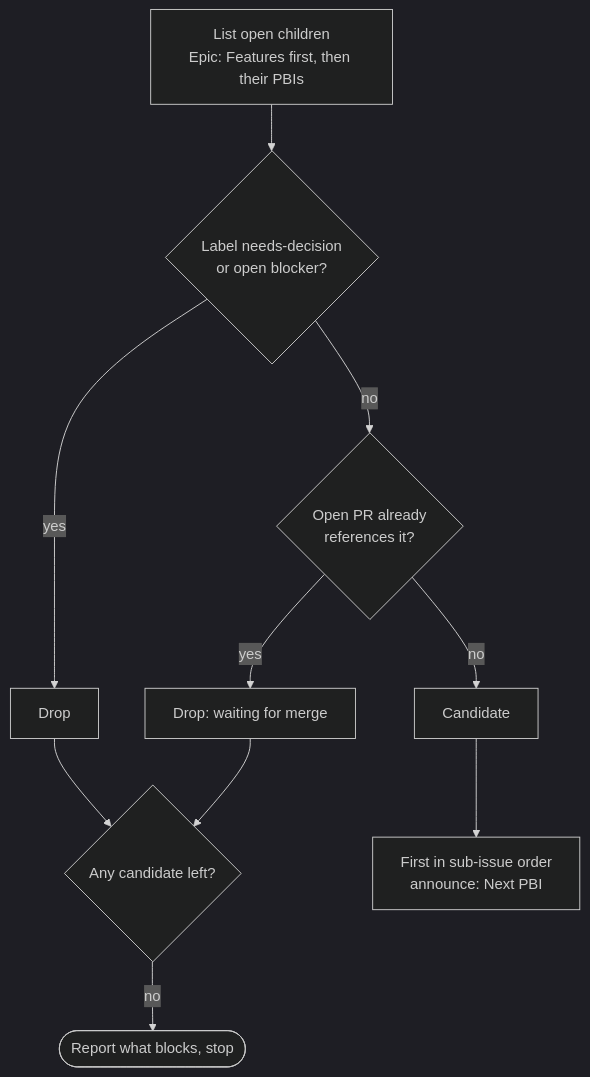
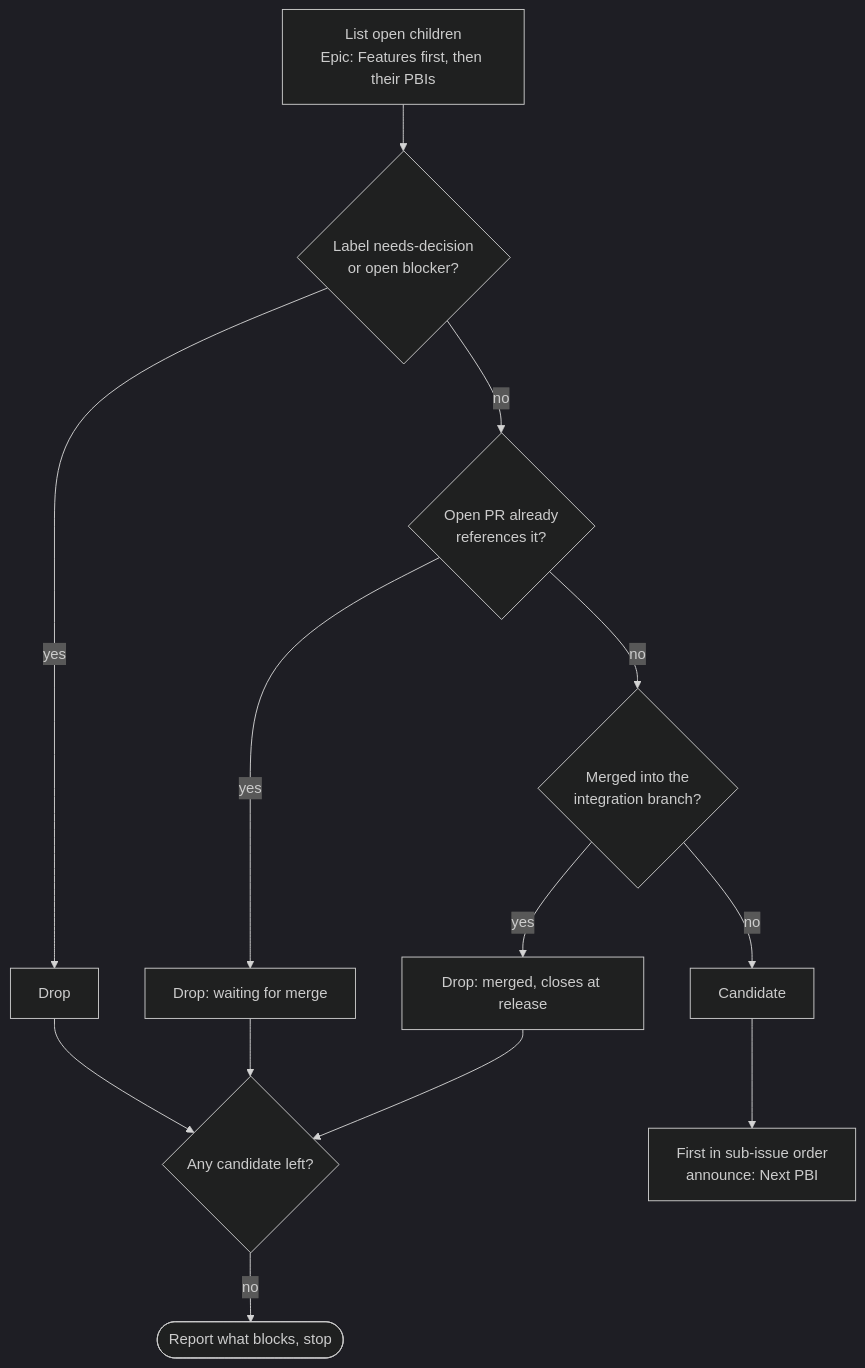
Before and after one commit to GravionLabs/apm-hub: the ninth of 10 diagrams in docs/orchestrator.md, drawn with Mermaid (dark theme). The commit also changed other lines of this file and 3 other files, not shown here.

````diff
--- a/docs/orchestrator.md
+++ b/docs/orchestrator.md
@@ -265,12 +265,15 @@
 ```mermaid
 flowchart TD
     A["List open children<br/>Epic: Features first, then their PBIs"] --> B{"Label needs-decision<br/>or open blocker?"}
     B -->|"yes"| X["Drop"]
     B -->|"no"| C{"Open PR already<br/>references it?"}
     C -->|"yes"| Y["Drop: waiting for merge"]
-    C -->|"no"| D["Candidate"]
+    C -->|"no"| M{"Merged into the<br/>integration branch?"}
+    M -->|"yes"| V["Drop: merged, closes at release"]
+    M -->|"no"| D["Candidate"]
     D --> E["First in sub-issue order<br/>announce: Next PBI"]
     X --> Z{"Any candidate left?"}
     Y --> Z
+    V --> Z
     Z -->|"no"| W(["Report what blocks, stop"])
 ```
````
